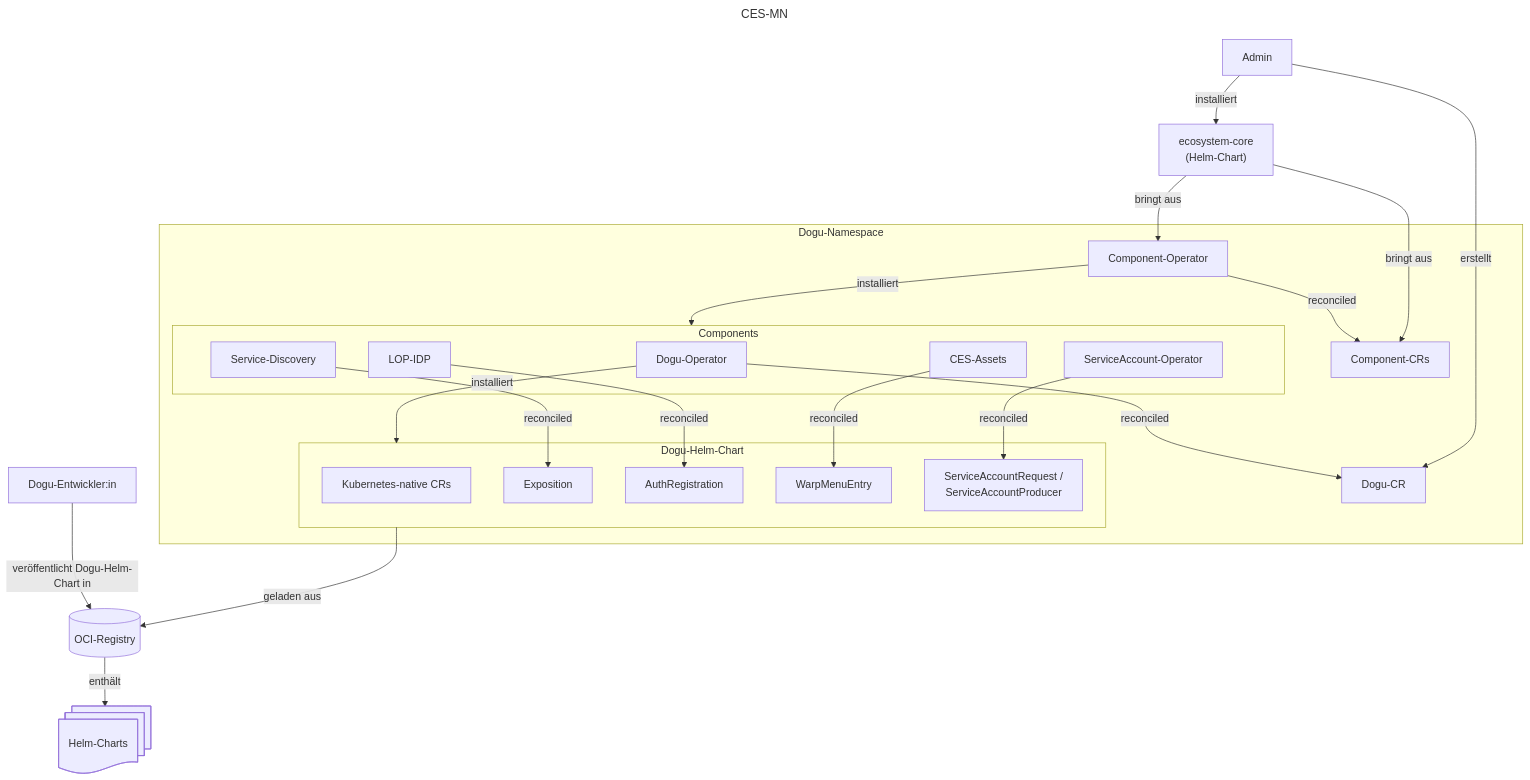
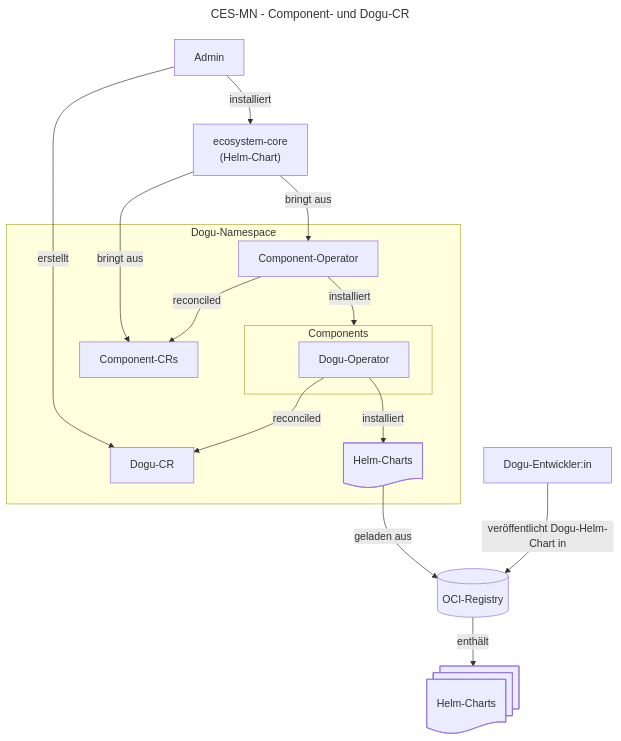
Before and after one commit to cloudogu/dogu-development-docs: the first of 2 diagrams in docs/v3/concepts/multinode-environment_de.md, drawn with Mermaid. The commit also changed other lines of this file and 1 other file, not shown here.

Commit message:
Separate diagrams to reduce mental load for reader

````diff
--- a/docs/v3/concepts/multinode-environment_de.md
+++ b/docs/v3/concepts/multinode-environment_de.md
@@ -114,59 +113,45 @@
 ```mermaid
 ---
-title: CES-MN
+title: CES-MN - Component- und Dogu-CR
 ---
 flowchart TB
     user["Admin"]
     developer["Dogu-Entwickler:in"]
 
     core["ecosystem-core<br/>(Helm-Chart)"]
     
     user -->|installiert| core
 
     subgraph ns["Dogu-Namespace"]
         compOp["Component-Operator"]
         compCRs["Component-CRs"]
         doguCR["Dogu-CR"]
 
         compOp -->|reconciled| compCRs
 
         subgraph components["Components"]
             doguOp["Dogu-Operator"]
-            sd["Service-Discovery"]
-            idp["LOP-IDP"]
-            assets["CES-Assets"]
-            saOp["ServiceAccount-Operator"]
         end
 
         compOp -->|installiert| components
 
-        subgraph chart["Dogu-Helm-Chart"]
-            workloads["Kubernetes-native CRs"]
-            exposition["Exposition"]
-            authreg["AuthRegistration"]
-            warp["WarpMenuEntry"]
-            sar["ServiceAccountRequest /<br/>ServiceAccountProducer"]
-        end
+        chart@{ shape: doc, label: "Helm-Charts"}
 
         doguOp -->|reconciled| doguCR
         doguOp -->|installiert| chart
 
-        sd -->|reconciled| exposition
-        assets -->|reconciled| warp
-        saOp -->|reconciled| sar
-        idp -->|reconciled| authreg
     end
 
     core -->|bringt aus| compOp
     core -->|bringt aus| compCRs
 
     user -->|erstellt| doguCR
 
     oci[("OCI-Registry")]
     helmCharts@{ shape: docs, label: "Helm-Charts"}
     developer -->|veröffentlicht Dogu-Helm-Chart in| oci
 
     oci -->|enthält| helmCharts
     chart -->|geladen aus| oci
 
 ```
````
